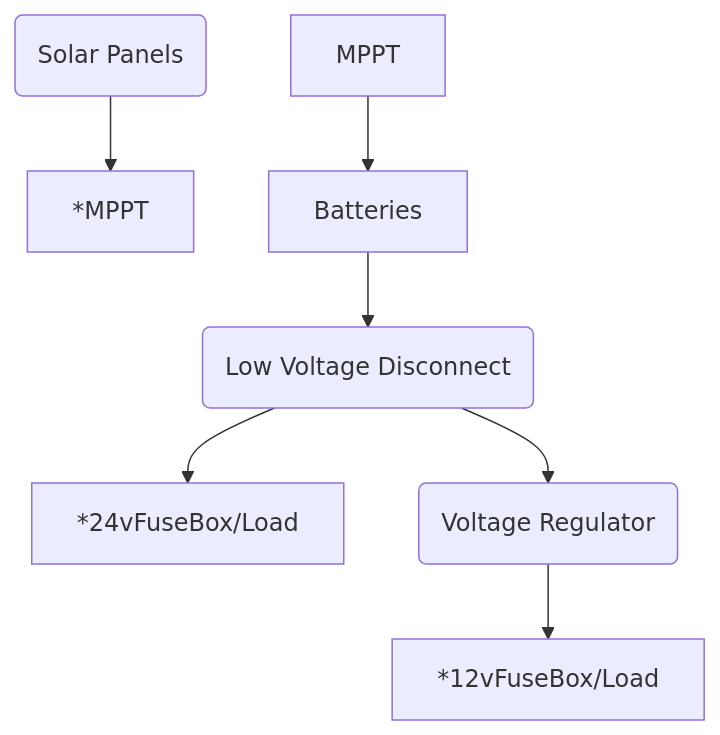
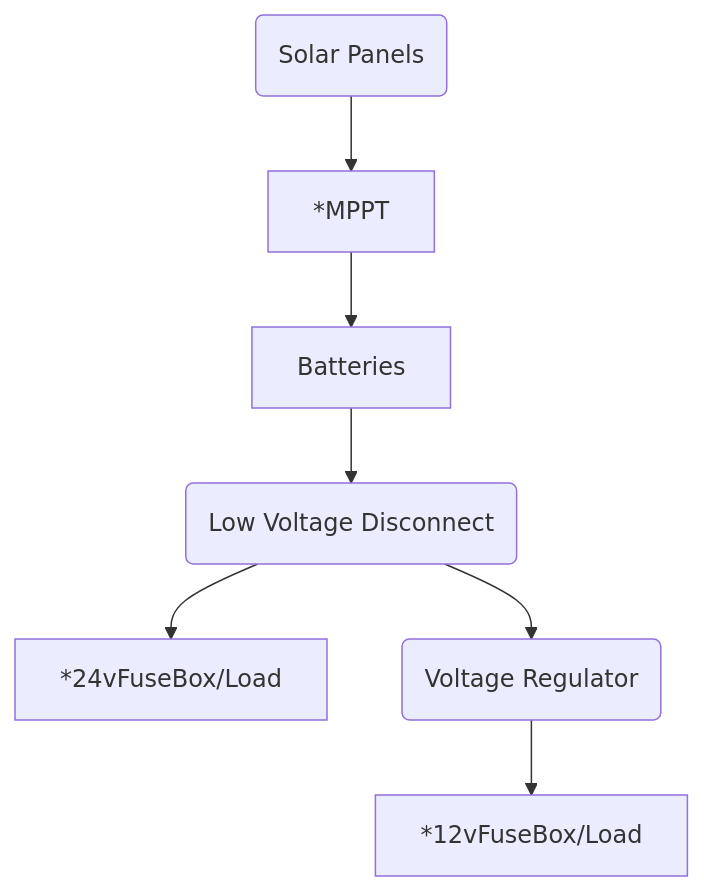
Before and after one commit to ericdmoore/solar-pi: the diagram in README.md, drawn with Mermaid.

````diff
--- a/README.md
+++ b/README.md
@@ -163,9 +163,9 @@
 ```mermaid
   graph TD;
       Panels(Solar Panels)-->*MPPT
-      MPPT-->Batteries
+      *MPPT-->Batteries
       Batteries-->LVD(Low Voltage Disconnect)
       LVD-->*24vFuseBox/Load
       LVD-->VReg(Voltage Regulator)
       VReg-->*12vFuseBox/Load
 ```
````
